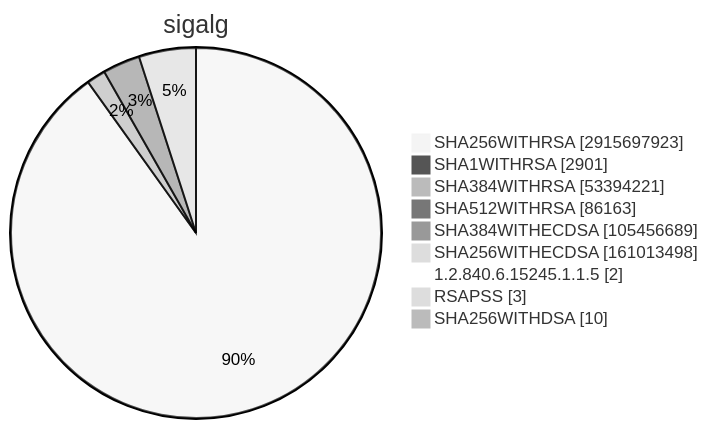
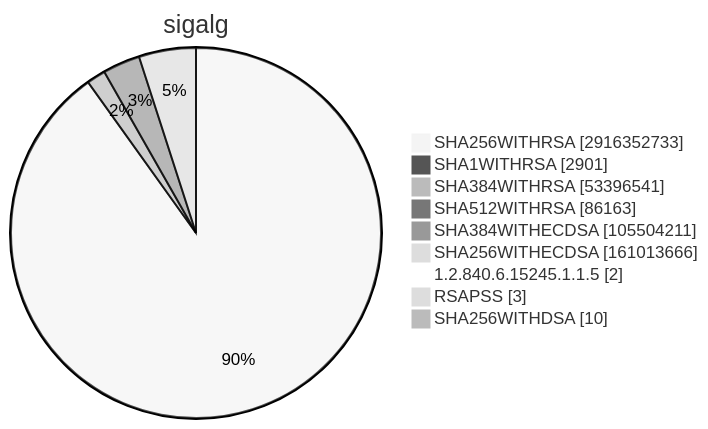
Diagram 15 of 15 in TOTAL/README.md (christiankrug/ctmonitor_visualization), drawn with Mermaid (neutral theme) before and after one commit. The commit also changed other lines of this file, not shown here.

````diff
--- a/TOTAL/README.md
+++ b/TOTAL/README.md
@@ -6207,13 +6207,13 @@
 ```mermaid
 pie showData
 title sigalg
-"SHA256WITHRSA" :2915697923
+"SHA256WITHRSA" :2916352733
 "SHA1WITHRSA" :2901
-"SHA384WITHRSA" :53394221
+"SHA384WITHRSA" :53396541
 "SHA512WITHRSA" :86163
-"SHA384WITHECDSA" :105456689
-"SHA256WITHECDSA" :161013498
+"SHA384WITHECDSA" :105504211
+"SHA256WITHECDSA" :161013666
 "1.2.840.6.15245.1.1.5" :2
 "RSAPSS" :3
 "SHA256WITHDSA" :10
 ```
````
